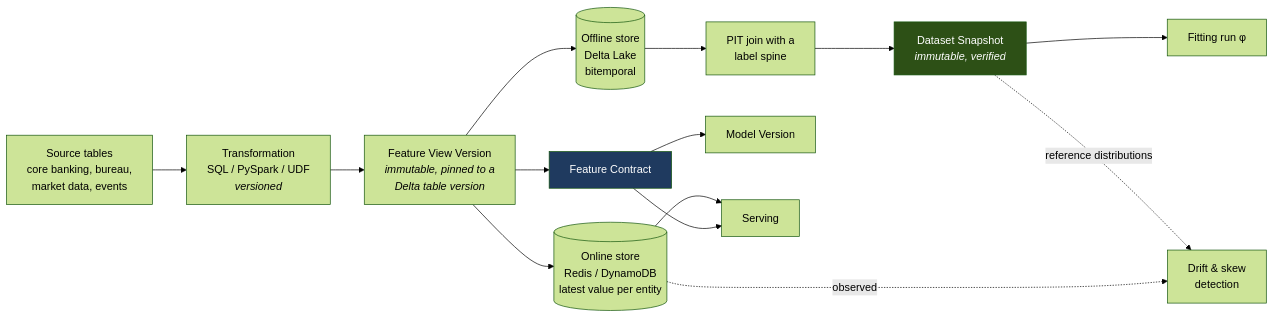
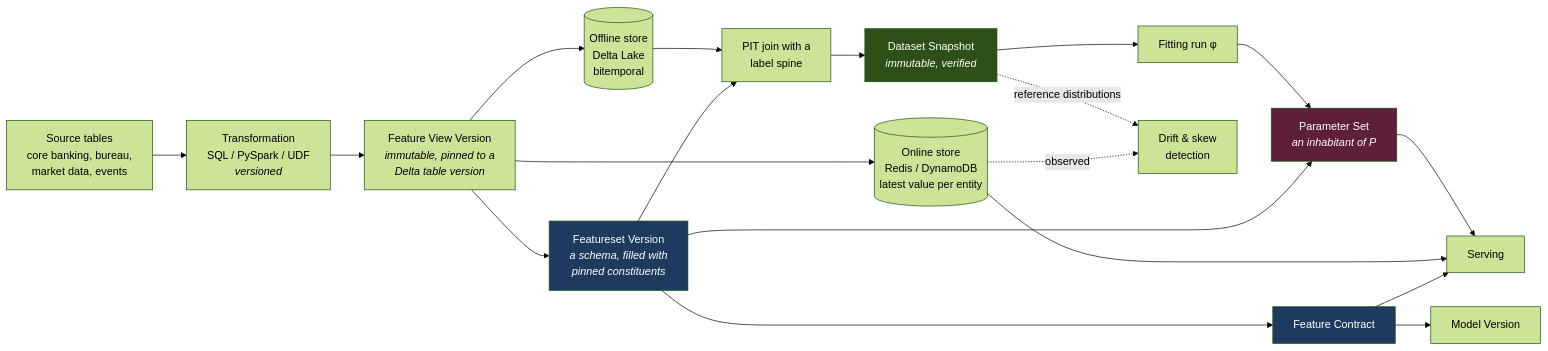
One commit to ajsinha/maya changed the first of 3 diagrams in docs/07-feature-platform.md. Above: the diagram before and after it, drawn with Mermaid (forest theme). The commit also changed other lines of this file and 95 other files, not shown here.

````diff
--- a/docs/07-feature-platform.md
+++ b/docs/07-feature-platform.md
@@ -16,19 +16,26 @@
 ```mermaid
 flowchart LR
     SRC["Source tables<br/>core banking, bureau,<br/>market data, events"] --> XFM["Transformation<br/>SQL / PySpark / UDF<br/><i>versioned</i>"]
     XFM --> FVV["Feature View Version<br/><i>immutable, pinned to a<br/>Delta table version</i>"]
     FVV --> OFF[("Offline store<br/>Delta Lake<br/>bitemporal")]
     FVV --> ONL[("Online store<br/>Redis / DynamoDB<br/>latest value per entity")]
     OFF --> SPINE["PIT join with a<br/>label spine"]
     SPINE --> SNAP["Dataset Snapshot<br/><i>immutable, verified</i>"]
     SNAP --> FIT["Fitting run φ"]
-    FVV --> FC["Feature Contract"]
+    FVV --> FS["Featureset Version<br/><i>a schema, filled with<br/>pinned constituents</i>"]
+    FS --> SPINE
+    FS --> FC["Feature Contract"]
     FC --> MV["Model Version"]
+    FIT --> PS["Parameter Set<br/><i>an inhabitant of P</i>"]
+    FS --> PS
+    PS --> SERVE
     ONL --> SERVE["Serving"]
     FC --> SERVE
     SNAP -.reference distributions.-> DRIFT["Drift & skew<br/>detection"]
     ONL -.observed.-> DRIFT
 
     style FC fill:#1f3a5f,color:#fff
+    style FS fill:#1f3a5f,color:#fff
+    style PS fill:#5f1f3a,color:#fff
     style SNAP fill:#2d5016,color:#fff
 ```
````
